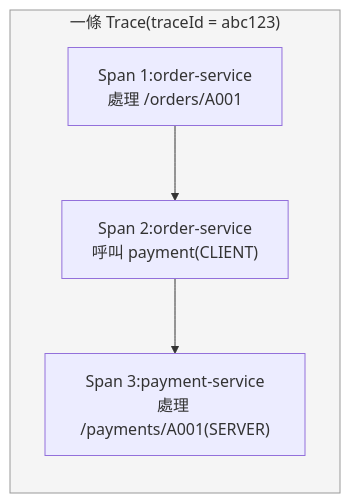
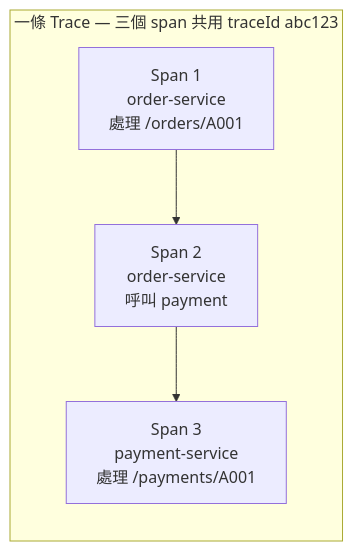
Before and after one commit to ChunPingWang/springboot2-sleuth-zipkin-es-poc: the first of 7 diagrams in README.md, drawn with Mermaid.

Commit message:
簡化 span 樹示意圖語法,確保 GitHub Mermaid 穩定渲染

````diff
--- a/README.md
+++ b/README.md
@@ -42,8 +42,7 @@
 ```mermaid
-graph LR
-    subgraph trace["一條 Trace(traceId = abc123)"]
-        A["Span 1:order-service<br/>處理 /orders/A001"] --> B["Span 2:order-service<br/>呼叫 payment(CLIENT)"]
-        B --> C["Span 3:payment-service<br/>處理 /payments/A001(SERVER)"]
+flowchart LR
+    subgraph T["一條 Trace — 三個 span 共用 traceId abc123"]
+        A["Span 1<br/>order-service<br/>處理 /orders/A001"] --> B["Span 2<br/>order-service<br/>呼叫 payment"]
+        B --> C["Span 3<br/>payment-service<br/>處理 /payments/A001"]
     end
-    style trace fill:#f5f5f5,stroke:#999
 ```
````
